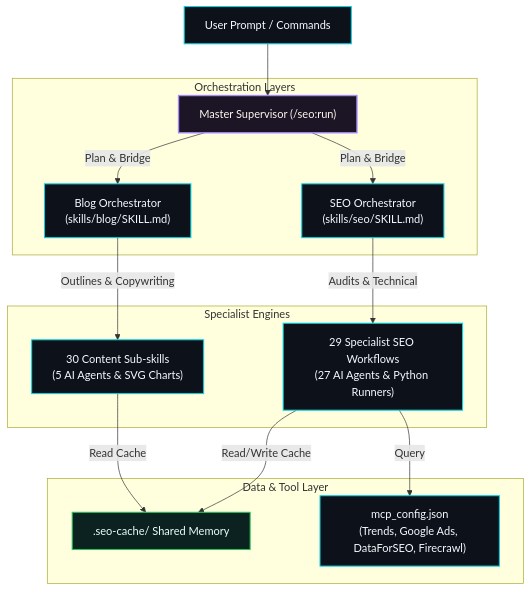
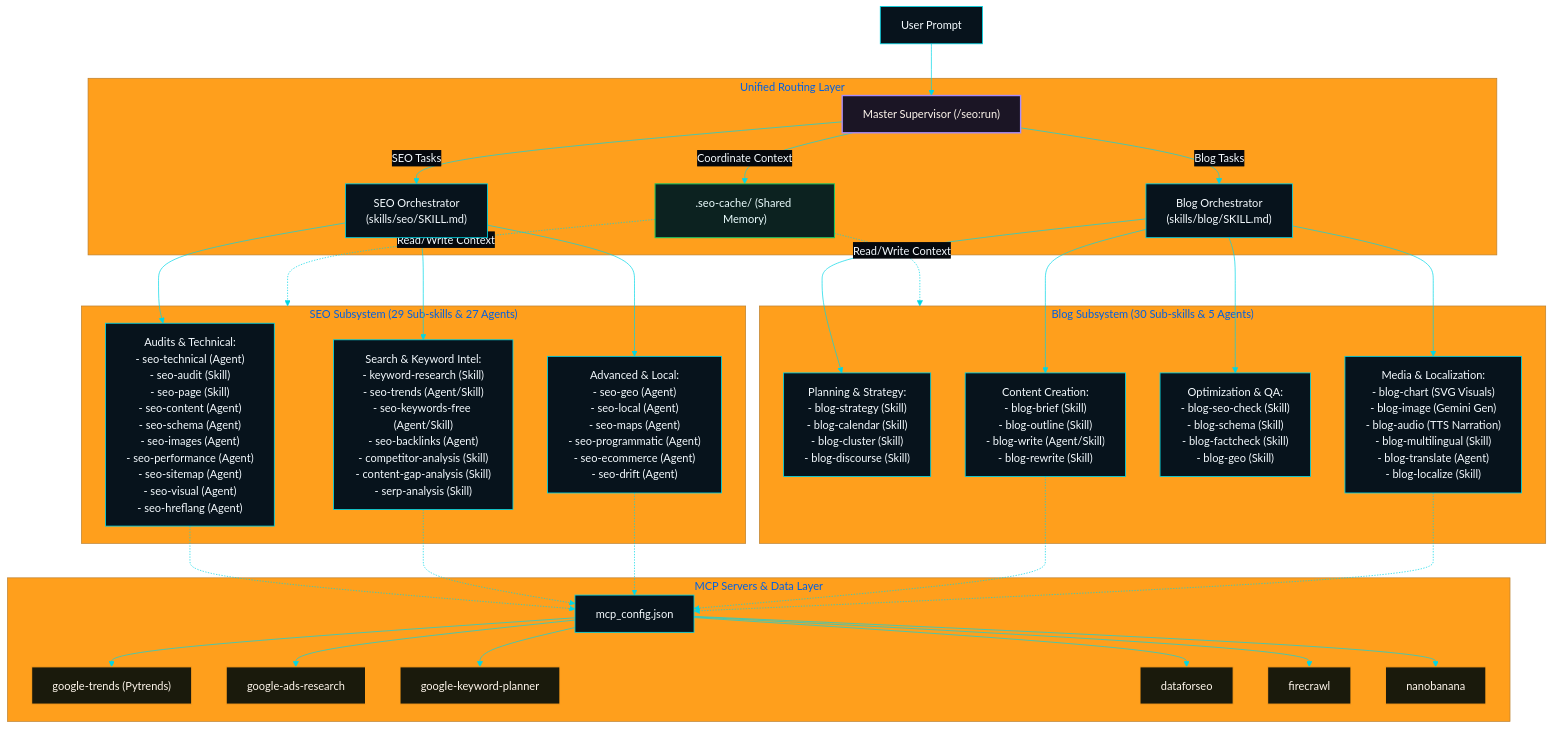
The diagram in README.md (dotusmanali/antigravity-seo), drawn with Mermaid before and after one commit. The commit also changed 2 other files, not shown here.

Commit message:
feat: unify cache flow across blog skills and update supervisor flowchart in README

````diff
--- a/README.md
+++ b/README.md
@@ -22,28 +22,51 @@
 ```mermaid
-flowchart TB
-    User["User Prompt / Commands"] --> Supervisor["Master Supervisor (/seo:run)"]
+%%{init: {"theme":"base","themeVariables":{"background":"#05080d","primaryColor":"#07131c","primaryTextColor":"#f5fbff","primaryBorderColor":"#00d7e6","lineColor":"#00d7e6","secondaryColor":"#06222a","tertiaryColor":"#ff9f1c","edgeLabelBackground":"#05080d","fontFamily":"Inter, ui-sans-serif, system-ui, sans-serif"}}}%%
+flowchart TD
+  User["User Prompt"] --> Run["Master Supervisor (/seo:run)"]
+  
+  subgraph Routing ["Unified Routing Layer"]
+    Run -->|"Coordinate Context"| Cache[".seo-cache/ (Shared Memory)"]
+    Run -->|"SEO Tasks"| SEO["SEO Orchestrator<br/>(skills/seo/SKILL.md)"]
+    Run -->|"Blog Tasks"| Blog["Blog Orchestrator<br/>(skills/blog/SKILL.md)"]
+  end
+
+  subgraph SEOSubsystem ["SEO Subsystem (29 Sub-skills & 27 Agents)"]
+    SEO --> SEO_Audits["Audits & Technical:<br/>- seo-technical (Agent)<br/>- seo-audit (Skill)<br/>- seo-page (Skill)<br/>- seo-content (Agent)<br/>- seo-schema (Agent)<br/>- seo-images (Agent)<br/>- seo-performance (Agent)<br/>- seo-sitemap (Agent)<br/>- seo-visual (Agent)<br/>- seo-hreflang (Agent)"]
+    SEO --> SEO_Intel["Search & Keyword Intel:<br/>- keyword-research (Skill)<br/>- seo-trends (Agent/Skill)<br/>- seo-keywords-free (Agent/Skill)<br/>- seo-backlinks (Agent)<br/>- competitor-analysis (Skill)<br/>- content-gap-analysis (Skill)<br/>- serp-analysis (Skill)"]
+    SEO --> SEO_Advanced["Advanced & Local:<br/>- seo-geo (Agent)<br/>- seo-local (Agent)<br/>- seo-maps (Agent)<br/>- seo-programmatic (Agent)<br/>- seo-ecommerce (Agent)<br/>- seo-drift (Agent)"]
+  end
+
+  subgraph BlogSubsystem ["Blog Subsystem (30 Sub-skills & 5 Agents)"]
+    Blog --> Blog_Plan["Planning & Strategy:<br/>- blog-strategy (Skill)<br/>- blog-calendar (Skill)<br/>- blog-cluster (Skill)<br/>- blog-discourse (Skill)"]
+    Blog --> Blog_Create["Content Creation:<br/>- blog-brief (Skill)<br/>- blog-outline (Skill)<br/>- blog-write (Agent/Skill)<br/>- blog-rewrite (Skill)"]
+    Blog --> Blog_Opt["Optimization & QA:<br/>- blog-seo-check (Skill)<br/>- blog-schema (Skill)<br/>- blog-factcheck (Skill)<br/>- blog-geo (Skill)"]
+    Blog --> Blog_Assets["Media & Localization:<br/>- blog-chart (SVG Visuals)<br/>- blog-image (Gemini Gen)<br/>- blog-audio (TTS Narration)<br/>- blog-multilingual (Skill)<br/>- blog-translate (Agent)<br/>- blog-localize (Skill)"]
+  end
+
+  subgraph ToolsLayer ["MCP Servers & Data Layer"]
+    SEO_Audits -.-> MCP_Gate["mcp_config.json"]
+    SEO_Intel -.-> MCP_Gate
+    SEO_Advanced -.-> MCP_Gate
+    Blog_Create -.-> MCP_Gate
+    Blog_Assets -.-> MCP_Gate
     
-    subgraph Orchestration Layers
-        Supervisor -->|Plan & Bridge| SEO["SEO Orchestrator<br/>(skills/seo/SKILL.md)"]
-        Supervisor -->|Plan & Bridge| Blog["Blog Orchestrator<br/>(skills/blog/SKILL.md)"]
-    end
+    MCP_Gate --> MCP_Trends["google-trends (Pytrends)"]
+    MCP_Gate --> MCP_Ads["google-ads-research"]
+    MCP_Gate --> MCP_Planner["google-keyword-planner"]
+    MCP_Gate --> MCP_DFS["dataforseo"]
+    MCP_Gate --> MCP_Crawl["firecrawl"]
+    MCP_Gate --> MCP_Screen["nanobanana"]
+  end
+  
+  Cache -.->|"Read/Write Context"| SEOSubsystem
+  Cache -.->|"Read/Write Context"| BlogSubsystem
 
-    subgraph Specialist Engines
-        SEO -->|Audits & Technical| SEOSkills["29 Specialist SEO Workflows<br/>(27 AI Agents & Python Runners)"]
-        Blog -->|Outlines & Copywriting| BlogSkills["30 Content Sub-skills<br/>(5 AI Agents & SVG Charts)"]
-    end
-
-    subgraph Data & Tool Layer
-        SEOSkills -->|Read/Write Cache| Cache[".seo-cache/ Shared Memory"]
-        BlogSkills -->|Read Cache| Cache
-        SEOSkills -->|Query| MCPServers["mcp_config.json<br/>(Trends, Google Ads, DataForSEO, Firecrawl)"]
-    end
-    
-    classDef main fill:#0c111a,stroke:#00d7e6,color:#f5fbff,stroke-width:1.5px;
-    classDef supervisor fill:#1b1525,stroke:#a78bfa,color:#fff7ed,stroke-width:2px;
-    classDef cache fill:#0c2220,stroke:#22c55e,color:#ecfeff,stroke-width:1.5px;
-    class User main;
-    class SEO,Blog,SEOSkills,BlogSkills,MCPServers main;
-    class Supervisor supervisor;
-    class Cache cache;
+  classDef default fill:#07131c,stroke:#00d7e6,color:#f5fbff,stroke-width:1.2px
+  classDef supervisor fill:#1b1525,stroke:#a78bfa,color:#fff7ed,stroke-width:2px
+  classDef cache fill:#0c2220,stroke:#22c55e,color:#ecfeff,stroke-width:1.5px
+  classDef mcp fill:#1a1a0c,stroke:#ff9f1c,color:#fff7ed,stroke-width:1.5px
+  
+  class Run supervisor
+  class Cache cache
+  class MCP_Trends,MCP_Ads,MCP_Planner,MCP_DFS,MCP_Crawl,MCP_Screen mcp
 ```
````
